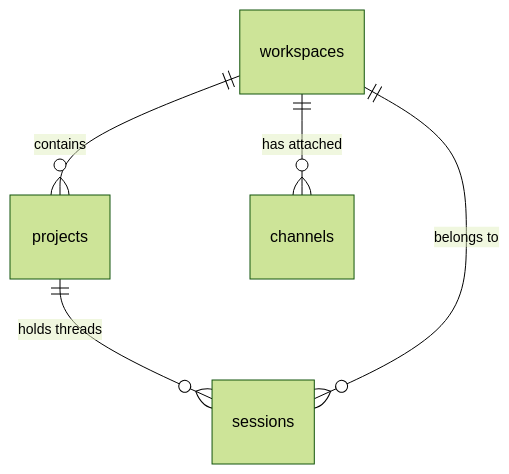
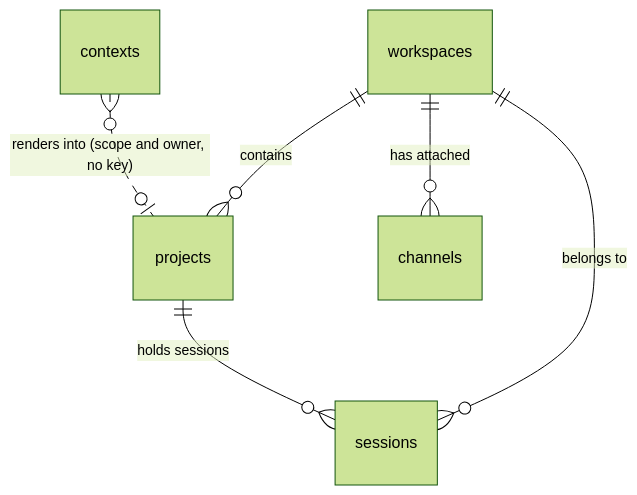
Before and after one commit to atlantic-blue/quay-crew: the diagram in docs/DATABASE.md, drawn with Mermaid (forest theme). The commit also changed other lines of this file and 2 other files, not shown here.

Commit message:
123: docs: add the contexts table to the database doc and say session throughout

````diff
--- a/docs/DATABASE.md
+++ b/docs/DATABASE.md
@@ -105,7 +113,8 @@
 ```mermaid
 erDiagram
     workspaces ||--o{ projects : contains
     workspaces ||--o{ channels : "has attached"
-    projects   ||--o{ sessions : "holds threads"
+    projects   ||--o{ sessions : "holds sessions"
     sessions }o--|| workspaces : "belongs to"
+    contexts   }o..o| projects : "renders into (scope and owner, no key)"
 ```
````
